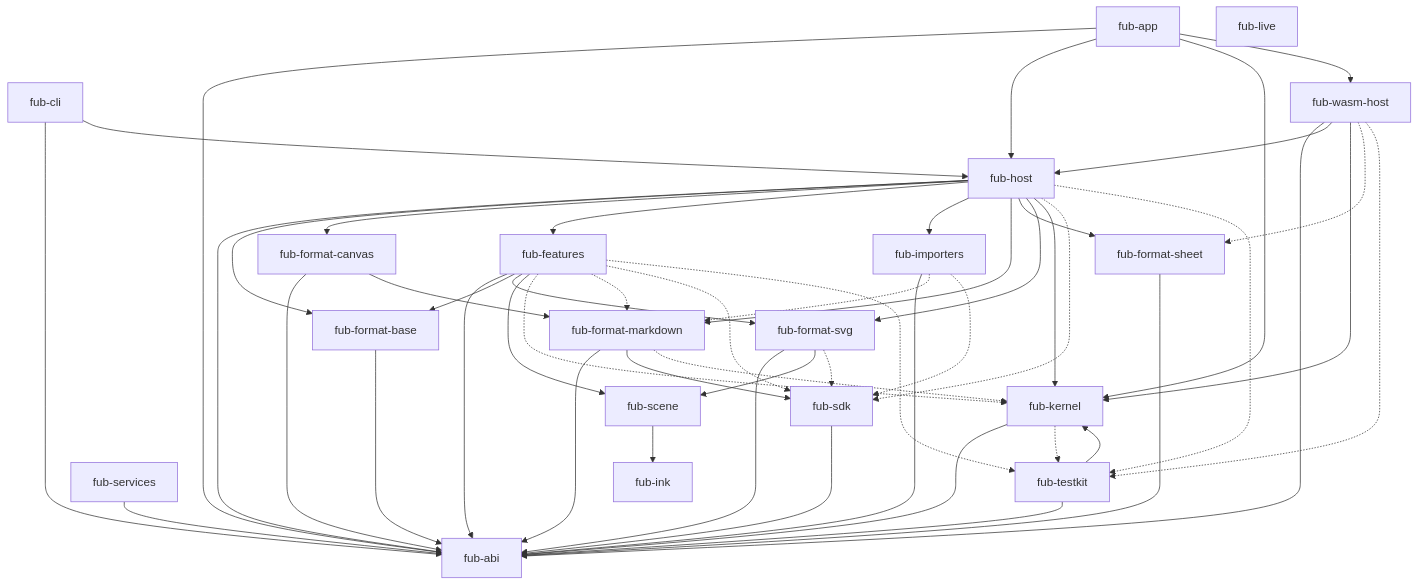
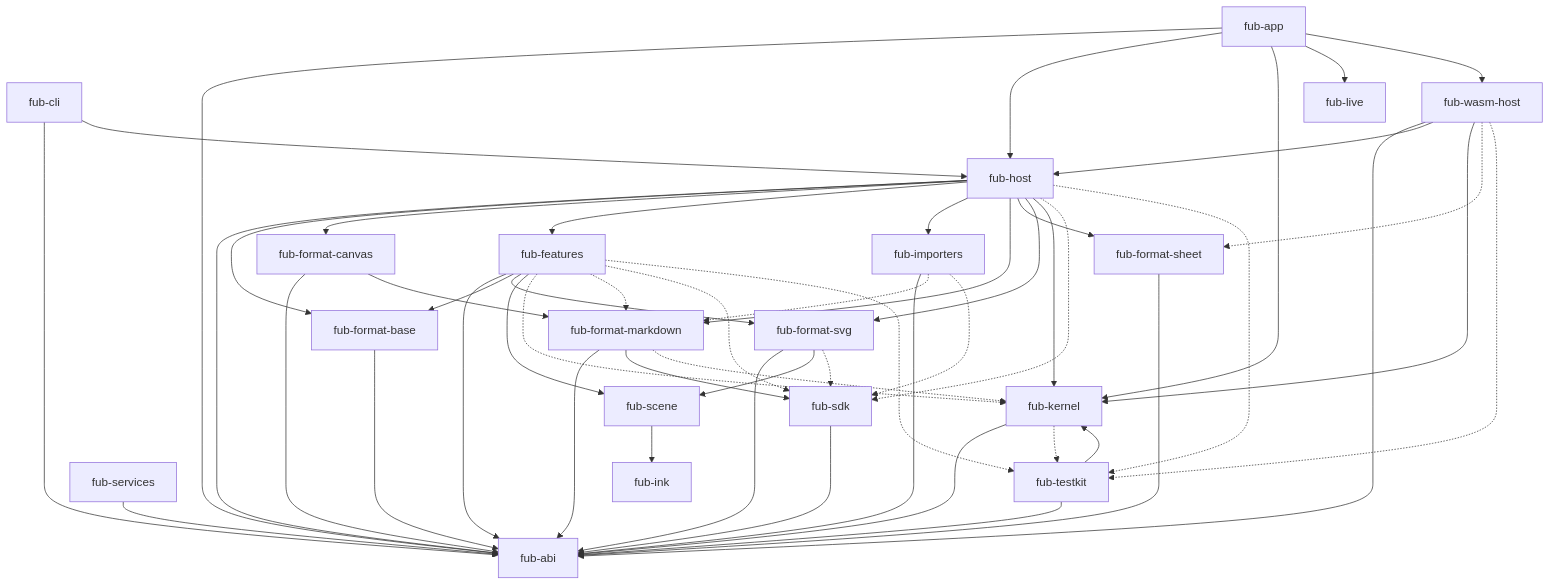
One commit to Fubeo/Fub changed the first of 2 diagrams in docs/architecture/overview.md. Above: the diagram before and after it, drawn with Mermaid. The commit also changed other lines of this file and 21 other files, not shown here.

First line of the commit message:
feat(app): la sessione live nell'app, con i comandi live_* e il canale verso la shell

````diff
--- a/docs/architecture/overview.md
+++ b/docs/architecture/overview.md
@@ -28,77 +28,78 @@
 ```mermaid
 flowchart TD
     %% @grafo-dipendenze
     %% Questo blocco è confrontato con cargo metadata da dependency_invariant.rs.
 
     app["fub-app"]
     host["fub-host"]
     features["fub-features"]
     markdown["fub-format-markdown"]
     sheet["fub-format-sheet"]
     base["fub-format-base"]
     canvas["fub-format-canvas"]
     svg["fub-format-svg"]
     scene["fub-scene"]
     ink["fub-ink"]
     importers["fub-importers"]
     cli["fub-cli"]
     services["fub-services"]
     live["fub-live"]
     wasmhost["fub-wasm-host"]
     sdk["fub-sdk"]
     testkit["fub-testkit"]
     kernel["fub-kernel"]
     abi["fub-abi"]
 
     app --> abi
     app --> host
     app --> kernel
+    app --> live
     app --> wasmhost
     host --> abi
     host --> base
     host --> canvas
     host --> features
     host --> importers
     host --> markdown
     host --> sheet
     host --> svg
     host --> kernel
     cli --> abi
     cli --> host
     services --> abi
     base --> abi
     canvas --> abi
     canvas --> markdown
     importers --> abi
     features --> abi
     features --> base
     features --> svg
     features --> scene
     markdown --> abi
     markdown --> sdk
     sheet --> abi
     svg --> abi
     svg --> scene
     scene --> ink
     wasmhost --> abi
     wasmhost --> host
     wasmhost --> kernel
     kernel --> abi
     sdk --> abi
     testkit --> abi
     testkit --> kernel
 
     features -.-> kernel
     features -.-> markdown
     features -.-> sdk
     features -.-> testkit
     markdown -.-> kernel
     kernel -.-> testkit
     host -.-> sdk
     host -.-> testkit
     wasmhost -.-> sheet
     wasmhost -.-> testkit
     importers -.-> markdown
     importers -.-> sdk
     svg -.-> sdk
 ```
````
